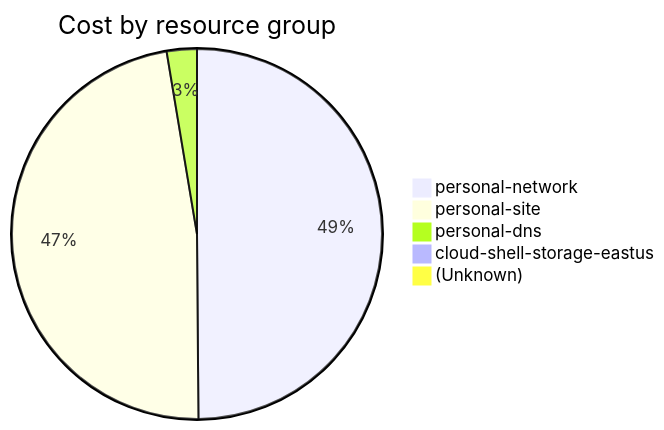
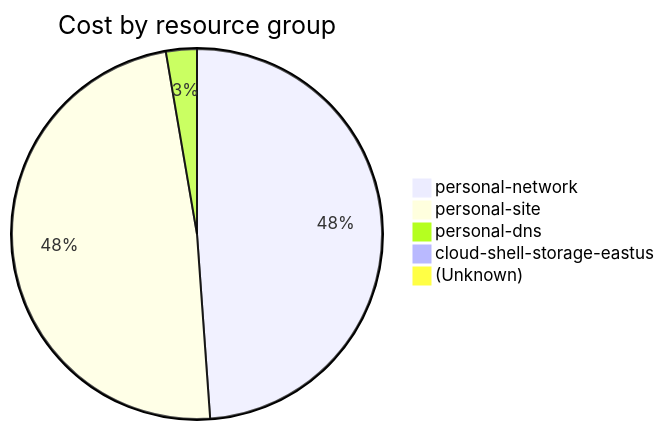
The fourth of 4 diagrams in cost-reports/accumulated-cost.md (jpfulton/azure-personal-reports), drawn with Mermaid before and after one commit. The commit also changed other lines of this file and 4 other files, not shown here.

````diff
--- a/cost-reports/accumulated-cost.md
+++ b/cost-reports/accumulated-cost.md
@@ -155,9 +155,9 @@
 ```mermaid
 pie
    title Cost by resource group
    "personal-network" : 15.94
-   "personal-site" : 15.18
-   "personal-dns" : 0.84
-   "cloud-shell-storage-eastus" : 0.25
+   "personal-site" : 15.80
+   "personal-dns" : 0.88
+   "cloud-shell-storage-eastus" : 0.26
    "(Unknown)" : 0.10
 ```
````
